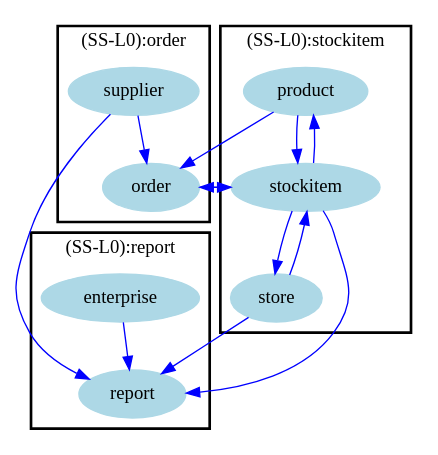
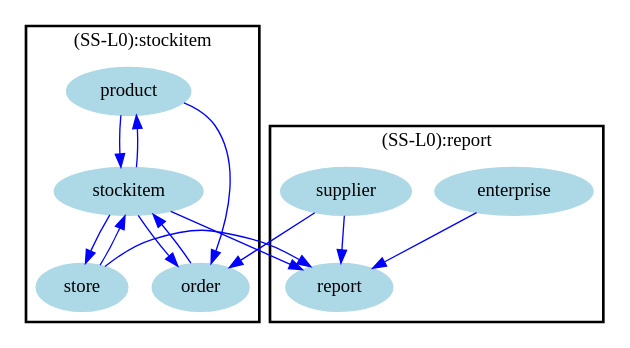
Before and after one commit to Benkler/BA: the diagram in Graph/DatenGraphActual.txt.dot, drawn with Graphviz. The commit also changed 16 other files, not shown here.

```diff
--- a/Graph/DatenGraphActual.txt.dot
+++ b/Graph/DatenGraphActual.txt.dot
@@ -1,46 +1,40 @@
 /* ------------------------------------------------------------ */
 /* created with bunch v3 */
-/* Objective Function value = 1.0*/
+/* Objective Function value = 1.1428571428571428*/
 /* ------------------------------------------------------------ */
 
 digraph G {
 size= "10,10";
 rotate = 0;
 subgraph cluster0 {
-label = "(SS-L0):order";
+label = "(SS-L0):stockitem";
 color = black;
 style = bold;
 
-"supplier"[label="supplier",shape=ellipse,color=lightblue,fontcolor=black,style=filled];
+"product"[label="product",shape=ellipse,color=lightblue,fontcolor=black,style=filled];
+"stockitem"[label="stockitem",shape=ellipse,color=lightblue,fontcolor=black,style=filled];
+"store"[label="store",shape=ellipse,color=lightblue,fontcolor=black,style=filled];
 "order"[label="order",shape=ellipse,color=lightblue,fontcolor=black,style=filled];
 }
 subgraph cluster1 {
 label = "(SS-L0):report";
 color = black;
 style = bold;
 
 "enterprise"[label="enterprise",shape=ellipse,color=lightblue,fontcolor=black,style=filled];
+"supplier"[label="supplier",shape=ellipse,color=lightblue,fontcolor=black,style=filled];
 "report"[label="report",shape=ellipse,color=lightblue,fontcolor=black,style=filled];
-}
-subgraph cluster2 {
-label = "(SS-L0):stockitem";
-color = black;
-style = bold;
-
-"product"[label="product",shape=ellipse,color=lightblue,fontcolor=black,style=filled];
-"stockitem"[label="stockitem",shape=ellipse,color=lightblue,fontcolor=black,style=filled];
-"store"[label="store",shape=ellipse,color=lightblue,fontcolor=black,style=filled];
 }
 "order" -> "stockitem" [color=blue,font=6];
 "store" -> "report" [color=blue,font=6];
 "store" -> "stockitem" [color=blue,font=6];
 "stockitem" -> "order" [color=blue,font=6];
 "stockitem" -> "report" [color=blue,font=6];
 "stockitem" -> "store" [color=blue,font=6];
 "stockitem" -> "product" [color=blue,font=6];
 "supplier" -> "order" [color=blue,font=6];
 "supplier" -> "report" [color=blue,font=6];
 "product" -> "order" [color=blue,font=6];
 "product" -> "stockitem" [color=blue,font=6];
 "enterprise" -> "report" [color=blue,font=6];
 }
```
